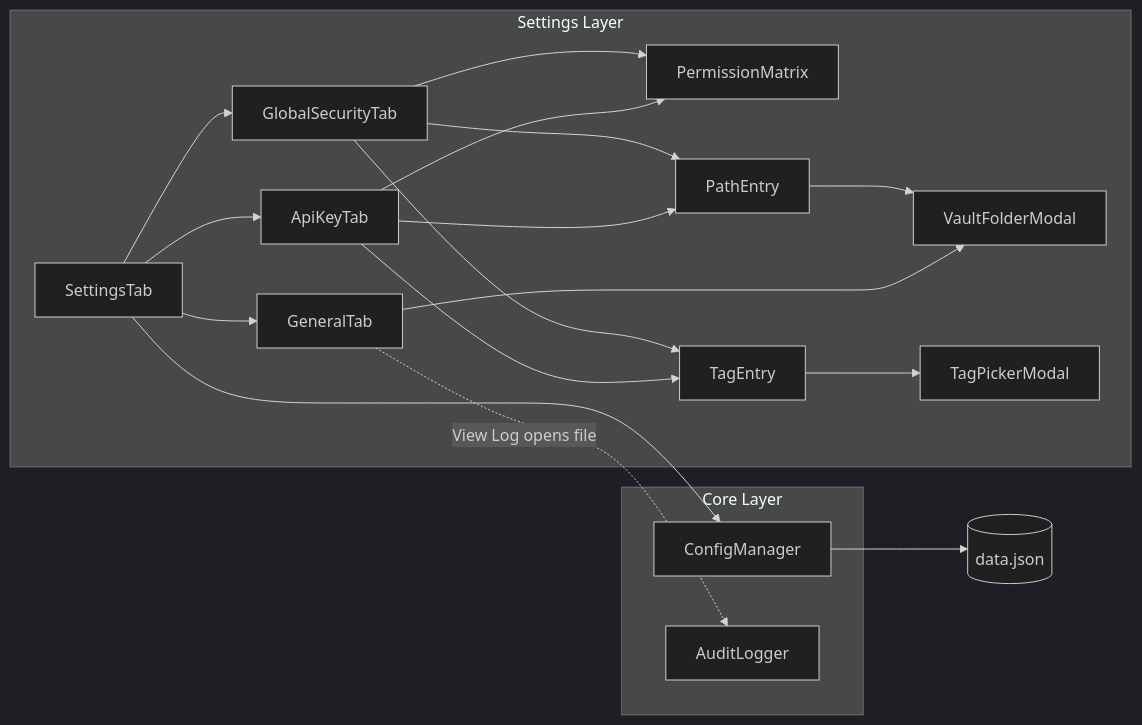
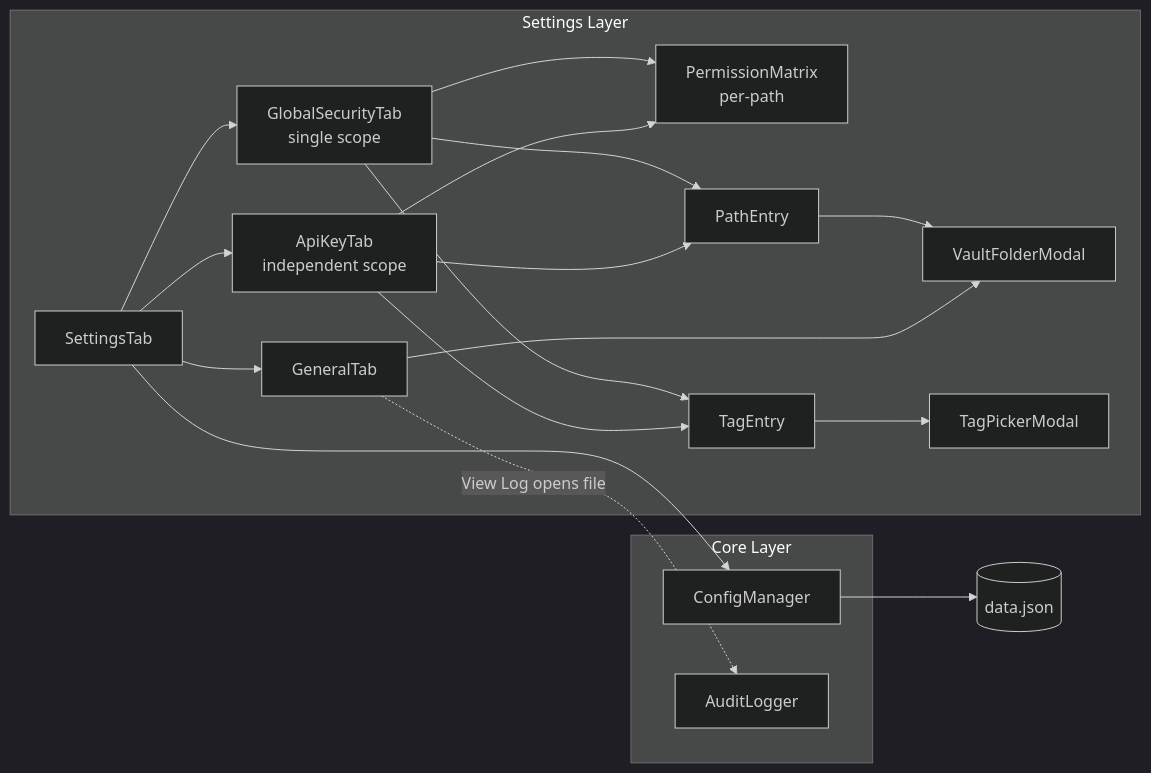
One commit to MMoMM-org/miyo-kado changed the second of 5 diagrams in docs/XDD/specs/002-ui-settings-rework/solution.md. Above: the diagram before and after it, drawn with Mermaid (dark theme). The commit also changed other lines of this file and 2 other files, not shown here.

````diff
--- a/docs/XDD/specs/002-ui-settings-rework/solution.md
+++ b/docs/XDD/specs/002-ui-settings-rework/solution.md
@@ -148,29 +151,29 @@
 ```mermaid
 graph LR
     subgraph Settings Layer
         ST[SettingsTab] --> GM[GeneralTab]
-        ST --> GS[GlobalSecurityTab]
-        ST --> AK[ApiKeyTab]
+        ST --> GS[GlobalSecurityTab<br/>single scope]
+        ST --> AK[ApiKeyTab<br/>independent scope]
 
-        GS --> PM[PermissionMatrix]
+        GS --> PM[PermissionMatrix<br/>per-path]
         GS --> PE[PathEntry]
         GS --> TE[TagEntry]
         AK --> PM
         AK --> PE
         AK --> TE
 
         PE --> VFM[VaultFolderModal]
         TE --> TPM[TagPickerModal]
 
         GM --> VFM
     end
 
     subgraph Core Layer
         CM[ConfigManager]
         AL[AuditLogger]
     end
 
     ST --> CM
     GM -.->|View Log opens file| AL
     CM --> Storage[(data.json)]
 ```
````
